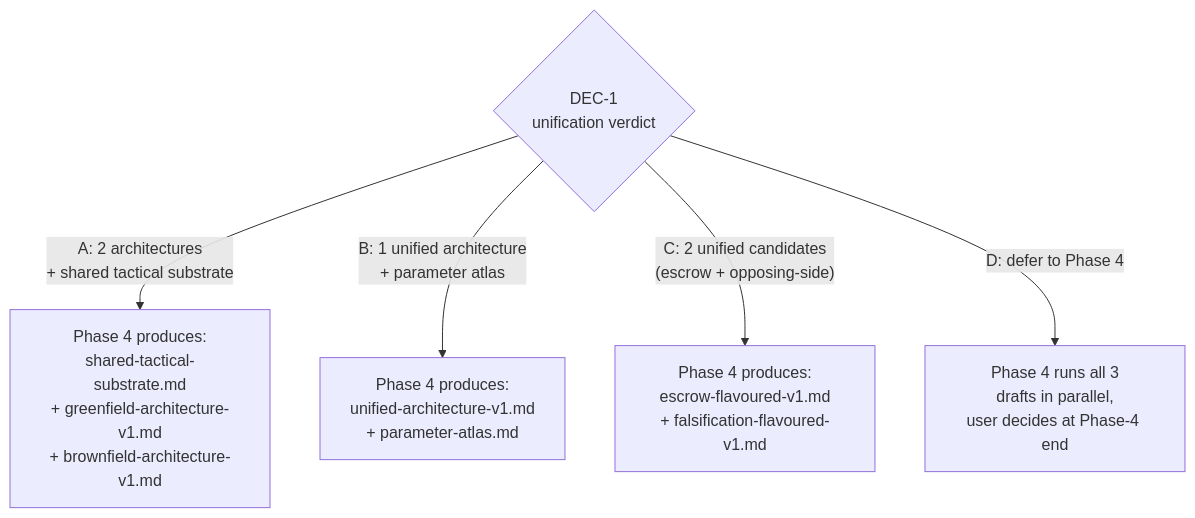
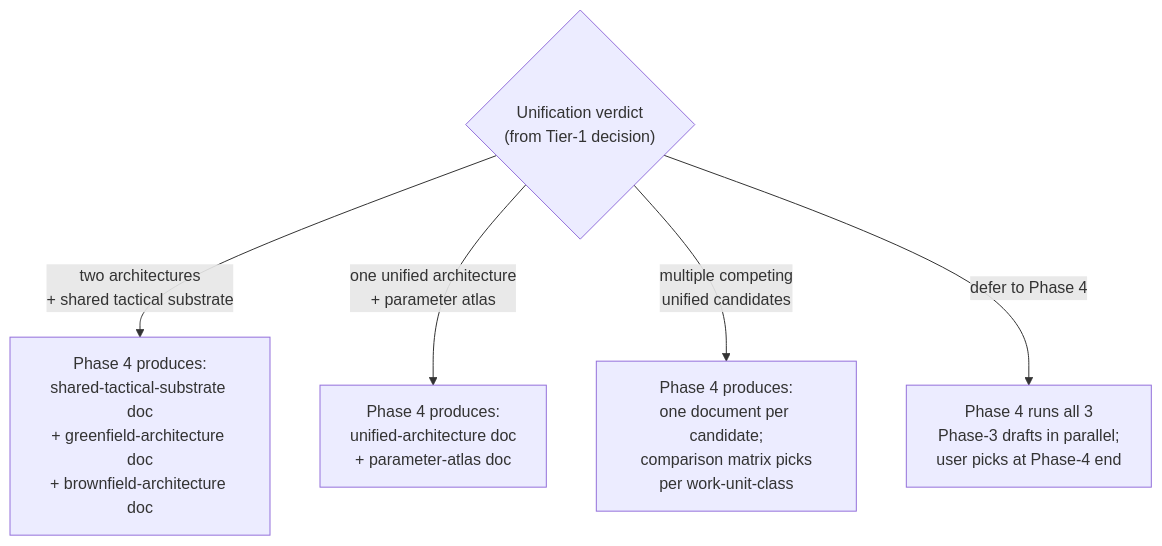
The tenth of 11 diagrams in research-plan-v3-primer.md (lago-morph/software-factory), drawn with Mermaid before and after one commit. The commit also changed other lines of this file, not shown here.

````diff
--- a/research-plan-v3-primer.md
+++ b/research-plan-v3-primer.md
@@ -265,12 +242,12 @@
 ```mermaid
 flowchart TB
-    DEC1{"DEC-1<br/>unification verdict"}
+    DEC1{"Unification verdict<br/>(from Tier-1 decision)"}
 
-    DEC1 -->|"A: 2 architectures<br/>+ shared tactical substrate"| A["Phase 4 produces:<br/>shared-tactical-substrate.md<br/>+ greenfield-architecture-v1.md<br/>+ brownfield-architecture-v1.md"]
+    DEC1 -->|"two architectures<br/>+ shared tactical substrate"| A["Phase 4 produces:<br/>shared-tactical-substrate doc<br/>+ greenfield-architecture doc<br/>+ brownfield-architecture doc"]
 
-    DEC1 -->|"B: 1 unified architecture<br/>+ parameter atlas"| B["Phase 4 produces:<br/>unified-architecture-v1.md<br/>+ parameter-atlas.md"]
+    DEC1 -->|"one unified architecture<br/>+ parameter atlas"| B["Phase 4 produces:<br/>unified-architecture doc<br/>+ parameter-atlas doc"]
 
-    DEC1 -->|"C: 2 unified candidates<br/>(escrow + opposing-side)"| C["Phase 4 produces:<br/>escrow-flavoured-v1.md<br/>+ falsification-flavoured-v1.md"]
+    DEC1 -->|"multiple competing<br/>unified candidates"| C["Phase 4 produces:<br/>one document per candidate;<br/>comparison matrix picks<br/>per work-unit-class"]
 
-    DEC1 -->|"D: defer to Phase 4"| D["Phase 4 runs all 3<br/>drafts in parallel,<br/>user decides at Phase-4 end"]
+    DEC1 -->|"defer to Phase 4"| D["Phase 4 runs all 3<br/>Phase-3 drafts in parallel;<br/>user picks at Phase-4 end"]
 ```
````
